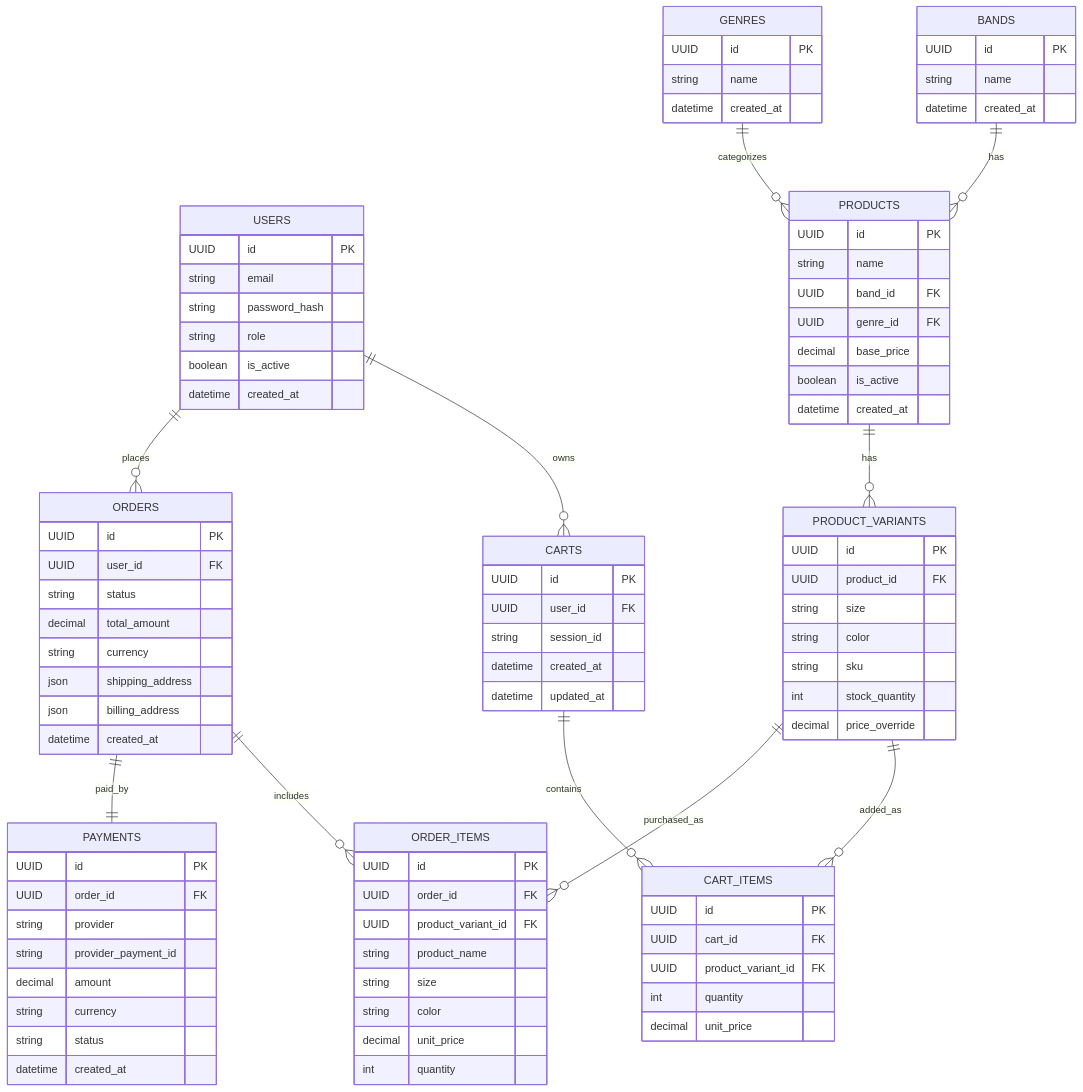
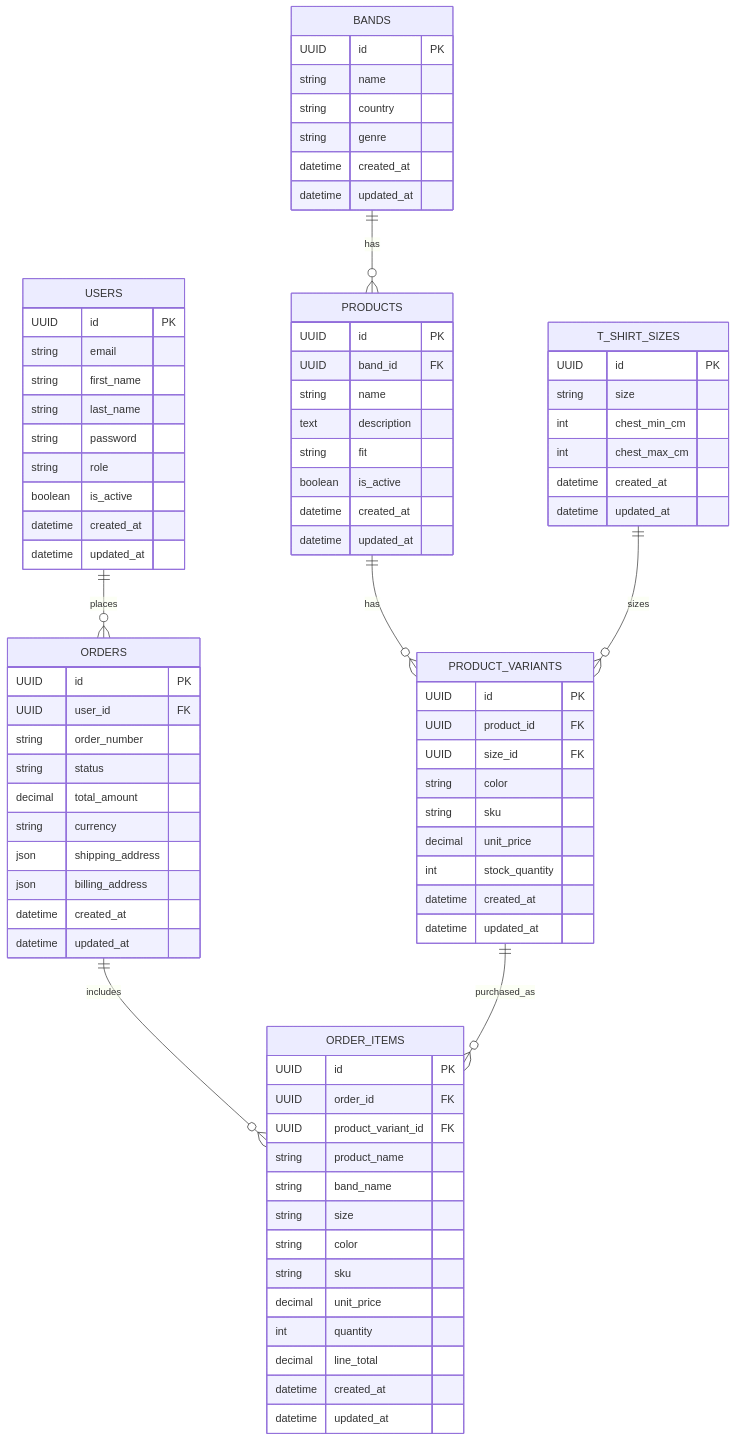
The diagram in docs/database/v1_mvp_database_design.md (EndToEndLabCR/e-commerce-docs-markdown), drawn with Mermaid before and after one commit. The commit also changed other lines of this file, not shown here.

````diff
--- a/docs/database/v1_mvp_database_design.md
+++ b/docs/database/v1_mvp_database_design.md
@@ -147,69 +160,67 @@
     USERS {
         UUID id PK
         string email
-        string password_hash
+        string first_name
+        string last_name
+        string password
         string role
         boolean is_active
         datetime created_at
+        datetime updated_at
     }
 
     BANDS {
         UUID id PK
         string name
+        string country
+        string genre
         datetime created_at
+        datetime updated_at
     }
 
-    GENRES {
+    T_SHIRT_SIZES {
         UUID id PK
-        string name
+        string size
+        int chest_min_cm
+        int chest_max_cm
         datetime created_at
+        datetime updated_at
     }
 
     PRODUCTS {
         UUID id PK
+        UUID band_id FK
         string name
-        UUID band_id FK
-        UUID genre_id FK
-        decimal base_price
+        text description
+        string fit
         boolean is_active
         datetime created_at
+        datetime updated_at
     }
 
     PRODUCT_VARIANTS {
         UUID id PK
         UUID product_id FK
-        string size
+        UUID size_id FK
         string color
         string sku
+        decimal unit_price
         int stock_quantity
-        decimal price_override
-    }
-
-    CARTS {
-        UUID id PK
-        UUID user_id FK
-        string session_id
         datetime created_at
         datetime updated_at
-    }
-
-    CART_ITEMS {
-        UUID id PK
-        UUID cart_id FK
-        UUID product_variant_id FK
-        int quantity
-        decimal unit_price
     }
 
     ORDERS {
         UUID id PK
         UUID user_id FK
+        string order_number
         string status
         decimal total_amount
         string currency
         json shipping_address
         json billing_address
         datetime created_at
+        datetime updated_at
     }
 
     ORDER_ITEMS {
@@ -217,36 +228,24 @@
         UUID order_id FK
         UUID product_variant_id FK
         string product_name
+        string band_name
         string size
         string color
+        string sku
         decimal unit_price
         int quantity
+        decimal line_total
+        datetime created_at
+        datetime updated_at
     }
 
-    PAYMENTS {
-        UUID id PK
-        UUID order_id FK
-        string provider
-        string provider_payment_id
-        decimal amount
-        string currency
-        string status
-        datetime created_at
-    }
-
-    USERS ||--o{ CARTS : owns
     USERS ||--o{ ORDERS : places
 
     BANDS ||--o{ PRODUCTS : has
-    GENRES ||--o{ PRODUCTS : categorizes
 
     PRODUCTS ||--o{ PRODUCT_VARIANTS : has
-
-    CARTS ||--o{ CART_ITEMS : contains
-    PRODUCT_VARIANTS ||--o{ CART_ITEMS : added_as
+    T_SHIRT_SIZES ||--o{ PRODUCT_VARIANTS : sizes
 
     ORDERS ||--o{ ORDER_ITEMS : includes
     PRODUCT_VARIANTS ||--o{ ORDER_ITEMS : purchased_as
-
-    ORDERS ||--|| PAYMENTS : paid_by
 ```
````
